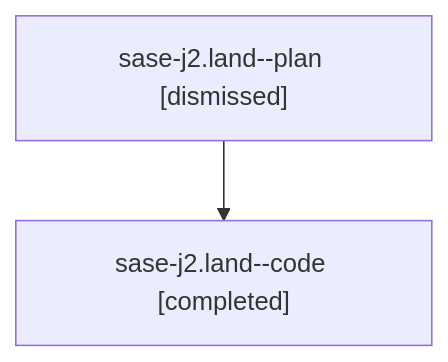
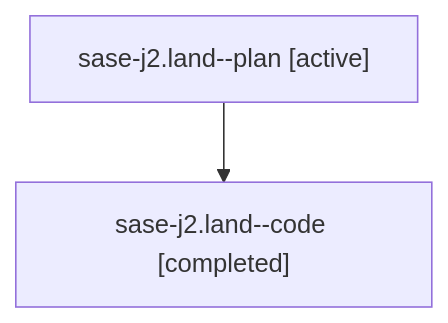
One commit to sase-org/sase--agents changed the diagram in families/bbugyi200.athena.sase-j2.land.md. Above: the diagram before and after it, drawn with Mermaid. The commit also changed other lines of this file and 35830 other files, not shown here.

````diff
--- a/families/bbugyi200.athena.sase-j2.land.md
+++ b/families/bbugyi200.athena.sase-j2.land.md
@@ -9,6 +9,6 @@
 ```mermaid
 flowchart TD
-  n0["sase-j2.land--plan [dismissed]"]
+  n0["sase-j2.land--plan [active]"]
   n1["sase-j2.land--code [completed]"]
   n0 --> n1
 ```
````
